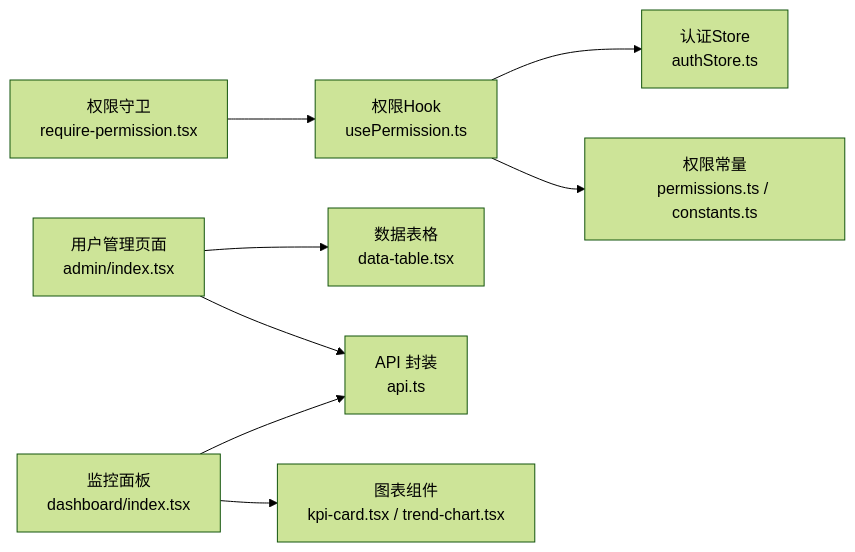
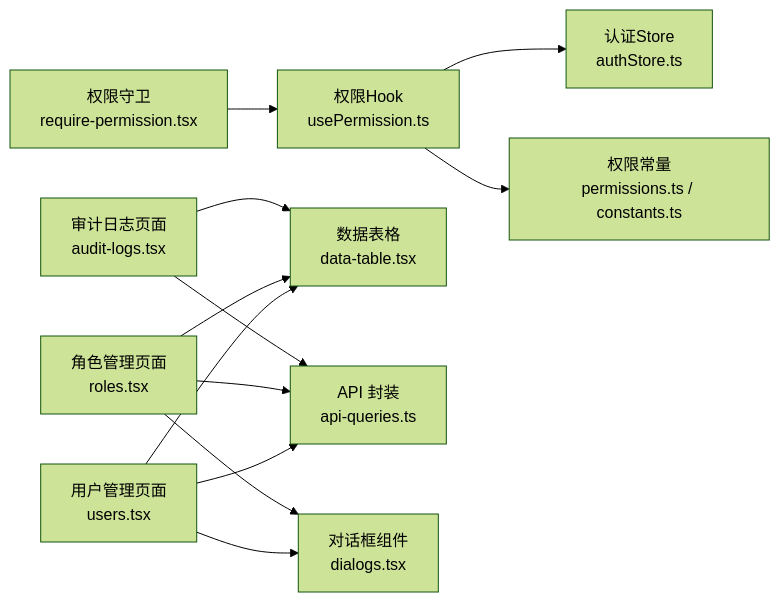
The ninth of 9 diagrams in .qoder/repowiki/zh/content/页面组件/管理系统页面.md (Damao997/newproject), drawn with Mermaid (forest theme) before and after one commit. The commit also changed other lines of this file and 10 other files, not shown here.

````diff
--- a/.qoder/repowiki/zh/content/页面组件/管理系统页面.md
+++ b/.qoder/repowiki/zh/content/页面组件/管理系统页面.md
@@ -301,10 +400,14 @@
 ```mermaid
 graph LR
 Guard["权限守卫<br/>require-permission.tsx"] --> PermHook["权限Hook<br/>usePermission.ts"]
 PermHook --> AuthStore["认证Store<br/>authStore.ts"]
 PermHook --> PermConst["权限常量<br/>permissions.ts / constants.ts"]
-AdminPage["用户管理页面<br/>admin/index.tsx"] --> DataTable["数据表格<br/>data-table.tsx"]
-AdminPage --> API["API 封装<br/>api.ts"]
-Dashboard["监控面板<br/>dashboard/index.tsx"] --> Charts["图表组件<br/>kpi-card.tsx / trend-chart.tsx"]
-Dashboard --> API
+UsersPage["用户管理页面<br/>users.tsx"] --> DataTable["数据表格<br/>data-table.tsx"]
+UsersPage --> API["API 封装<br/>api-queries.ts"]
+RolesPage["角色管理页面<br/>roles.tsx"] --> DataTable
+RolesPage --> API
+AuditPage["审计日志页面<br/>audit-logs.tsx"] --> DataTable
+AuditPage --> API
+UsersPage --> Dialogs["对话框组件<br/>dialogs.tsx"]
+RolesPage --> Dialogs
 ```
````
